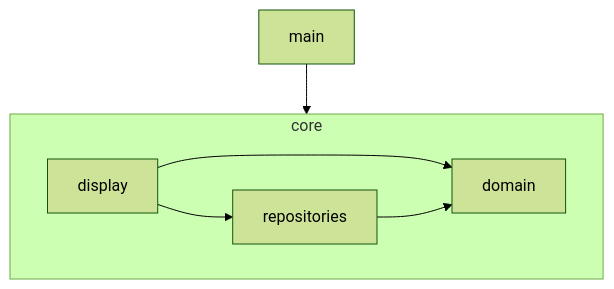
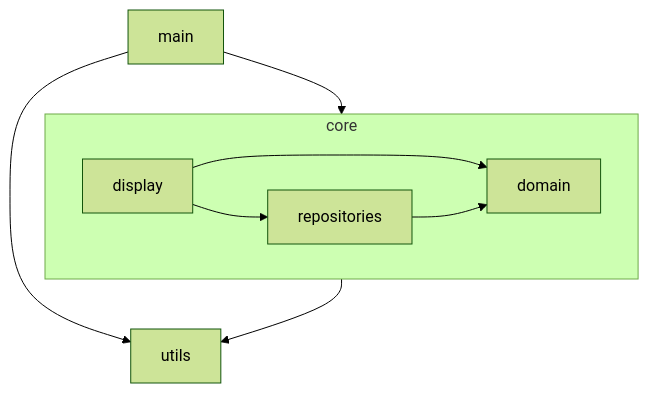
Before and after one commit to joaomelo/calystone: the first of 2 diagrams in DEVELOPMENT.md, drawn with Mermaid (forest theme). The commit also changed other lines of this file and 100 other files, not shown here.

````diff
--- a/DEVELOPMENT.md
+++ b/DEVELOPMENT.md
@@ -7,14 +7,17 @@
 ```mermaid
 graph TD
   main
   subgraph core
     direction LR
     domain
     display
     repositories
   end
+  utils
   main --> core
   display --> domain
   display --> repositories
   repositories --> domain
+  main --> utils
+  core --> utils
 ```
````
